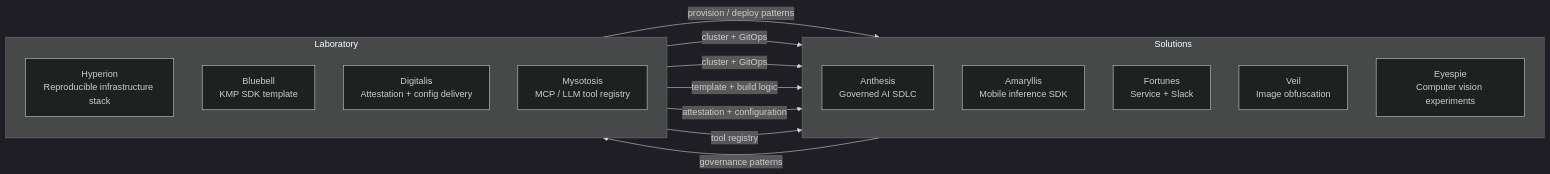
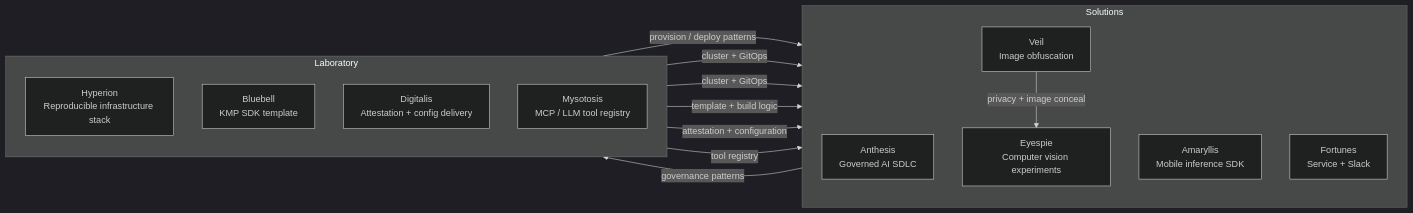
The second of 2 diagrams in README.md (hackelia-micrantha/.github), drawn with Mermaid (dark theme) before and after one commit.

Commit message:
Add privacy and image conceal section to README

````diff
--- a/README.md
+++ b/README.md
@@ -87,27 +87,28 @@
 ```mermaid
 flowchart LR
   subgraph Sol[Solutions]
     direction TB
     A["Anthesis<br/>Governed AI SDLC"]
     M["Amaryllis<br/>Mobile inference SDK"]
     F["Fortunes<br/>Service + Slack"]
     V["Veil<br/>Image obfuscation"]
     E["Eyespie<br/>Computer vision experiments"]
   end
 
   subgraph Lab[Laboratory]
     direction TB
     H["Hyperion<br/>Reproducible infrastructure stack"]
     B["Bluebell<br/>KMP SDK template"]
     D["Digitalis<br/>Attestation + config delivery"]
     Y["Mysotosis<br/>MCP / LLM tool registry"]
   end
 
   H -->|provision / deploy patterns| A
   H -->|cluster + GitOps| F
   H -->|cluster + GitOps| V
   B -->|template + build logic| E
   D -->|attestation + configuration| E
   Y -->|tool registry| M
   A -->|governance patterns| H
+  V -->|privacy + image conceal| E
 ```
````
